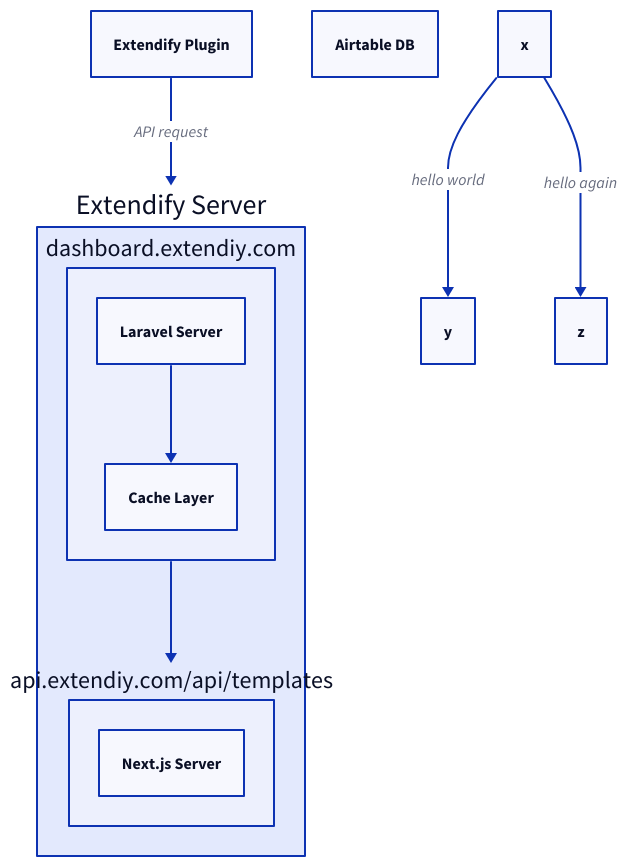
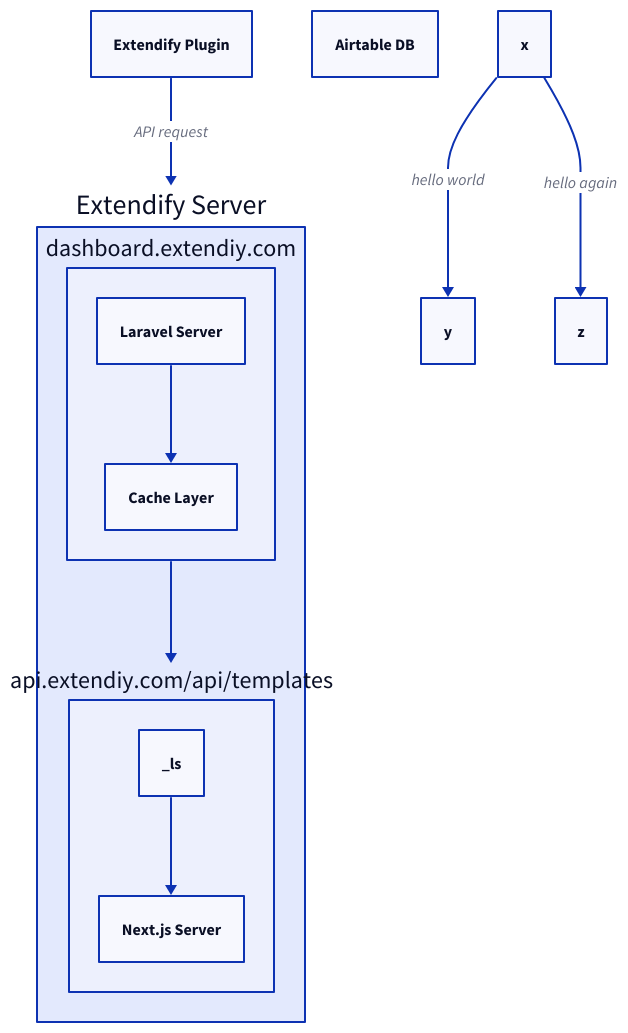
Before and after one commit to dgwyer/myapp: the diagram in d2/file.d2, drawn with D2.

Commit message:
try to render

```diff
--- a/d2/file.d2
+++ b/d2/file.d2
@@ -1,21 +1,22 @@
 a: Extendify Plugin
 e: Airtable DB
 
 extendifyServer: Extendify Server {
   dashboardServer: dashboard.extendiy.com {
-    a: Laravel Server
-    b: Cache Layer
-    a -> b
+    ls: Laravel Server
+    cl: Cache Layer
+
+    ls -> cl
   }
 
   apiServer: api.extendiy.com/api/templates {
-    c: Next.js Server
-    c
+    nj: Next.js Server
+    _ls -> nj
   }
 
   dashboardServer -> apiServer
 }
 
 a -> extendifyServer: API request
 x -> y: hello world
 x -> z: hello again
```
